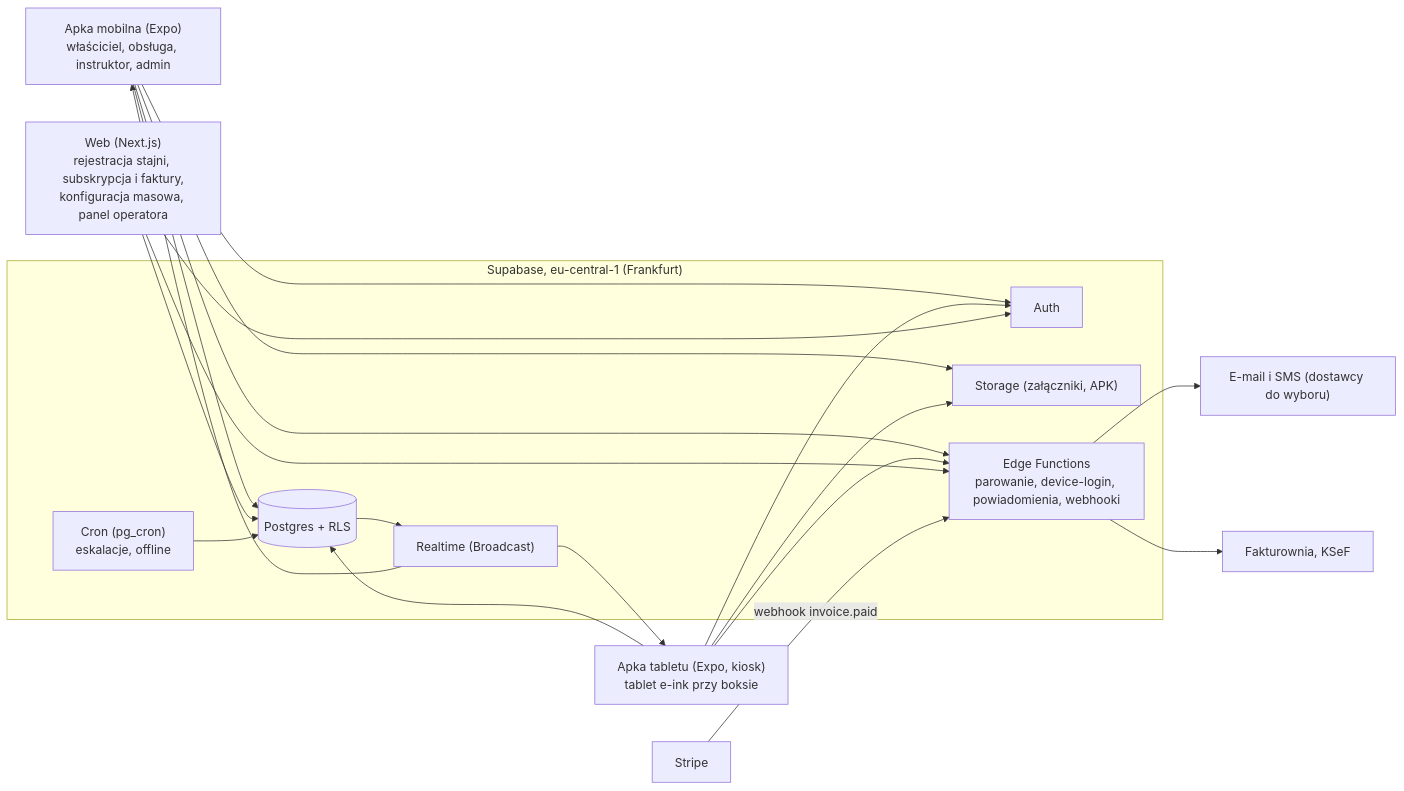
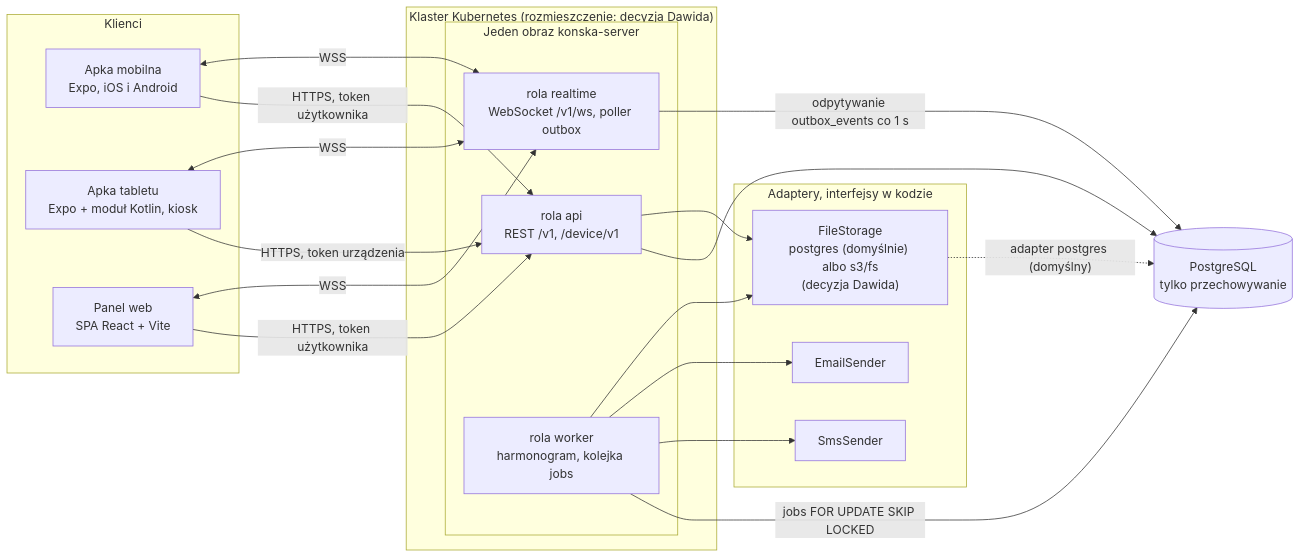
One commit to ClewlerStudent/KonskaAppka changed the second of 12 diagrams in docs/analiza.md. Above: the diagram before and after it, drawn with Mermaid. The commit also changed other lines of this file, not shown here.

First line of the commit message:
Przepisz analizę na dokument techniczny z logiką w kodzie

````diff
--- a/docs/analiza.md
+++ b/docs/analiza.md
@@ -355,23 +145,35 @@
 ```mermaid
 flowchart LR
-    M["Apka mobilna (Expo)<br/>właściciel, obsługa, instruktor, admin"]
-    T["Apka tabletu (Expo, kiosk)<br/>tablet e-ink przy boksie"]
-    W["Web (Next.js)<br/>rejestracja stajni, subskrypcja i faktury,<br/>konfiguracja masowa, panel operatora"]
-    subgraph SB["Supabase, eu-central-1 (Frankfurt)"]
-        AUTH["Auth"]
-        DB[("Postgres + RLS")]
-        RT["Realtime (Broadcast)"]
-        ST["Storage (załączniki, APK)"]
-        EF["Edge Functions<br/>parowanie, device-login, powiadomienia, webhooki"]
-        CR["Cron (pg_cron)<br/>eskalacje, offline"]
+    subgraph KL["Klienci"]
+        M["Apka mobilna<br/>Expo, iOS i Android"]
+        T["Apka tabletu<br/>Expo + moduł Kotlin, kiosk"]
+        W["Panel web<br/>SPA React + Vite"]
     end
-    STR["Stripe"]
-    FV["Fakturownia, KSeF"]
-    MSG["E-mail i SMS (dostawcy do wyboru)"]
-    M & T & W --> AUTH & DB & EF
-    M & T --> ST
-    DB --> RT --> T & M
-    CR --> DB
-    EF --> MSG
-    STR -->|"webhook invoice.paid"| EF --> FV
+    subgraph K8S["Klaster Kubernetes (rozmieszczenie: decyzja Dawida)"]
+        subgraph IMG["Jeden obraz konska-server"]
+            API["rola api<br/>REST /v1, /device/v1"]
+            RT["rola realtime<br/>WebSocket /v1/ws, poller outbox"]
+            WK["rola worker<br/>harmonogram, kolejka jobs"]
+        end
+    end
+    DB[("PostgreSQL<br/>tylko przechowywanie")]
+    subgraph AD["Adaptery, interfejsy w kodzie"]
+        SMS["SmsSender"]
+        EM["EmailSender"]
+        FS["FileStorage<br/>postgres (domyślnie) albo s3/fs<br/>(decyzja Dawida)"]
+    end
+    M -->|"HTTPS, token użytkownika"| API
+    W -->|"HTTPS, token użytkownika"| API
+    T -->|"HTTPS, token urządzenia"| API
+    M <-->|"WSS"| RT
+    T <-->|"WSS"| RT
+    W <-->|"WSS"| RT
+    API --> DB
+    RT -->|"odpytywanie outbox_events co 1 s"| DB
+    WK -->|"jobs FOR UPDATE SKIP LOCKED"| DB
+    WK --> SMS
+    WK --> EM
+    API --> FS
+    WK --> FS
+    FS -.->|"adapter postgres (domyślny)"| DB
 ```
````
